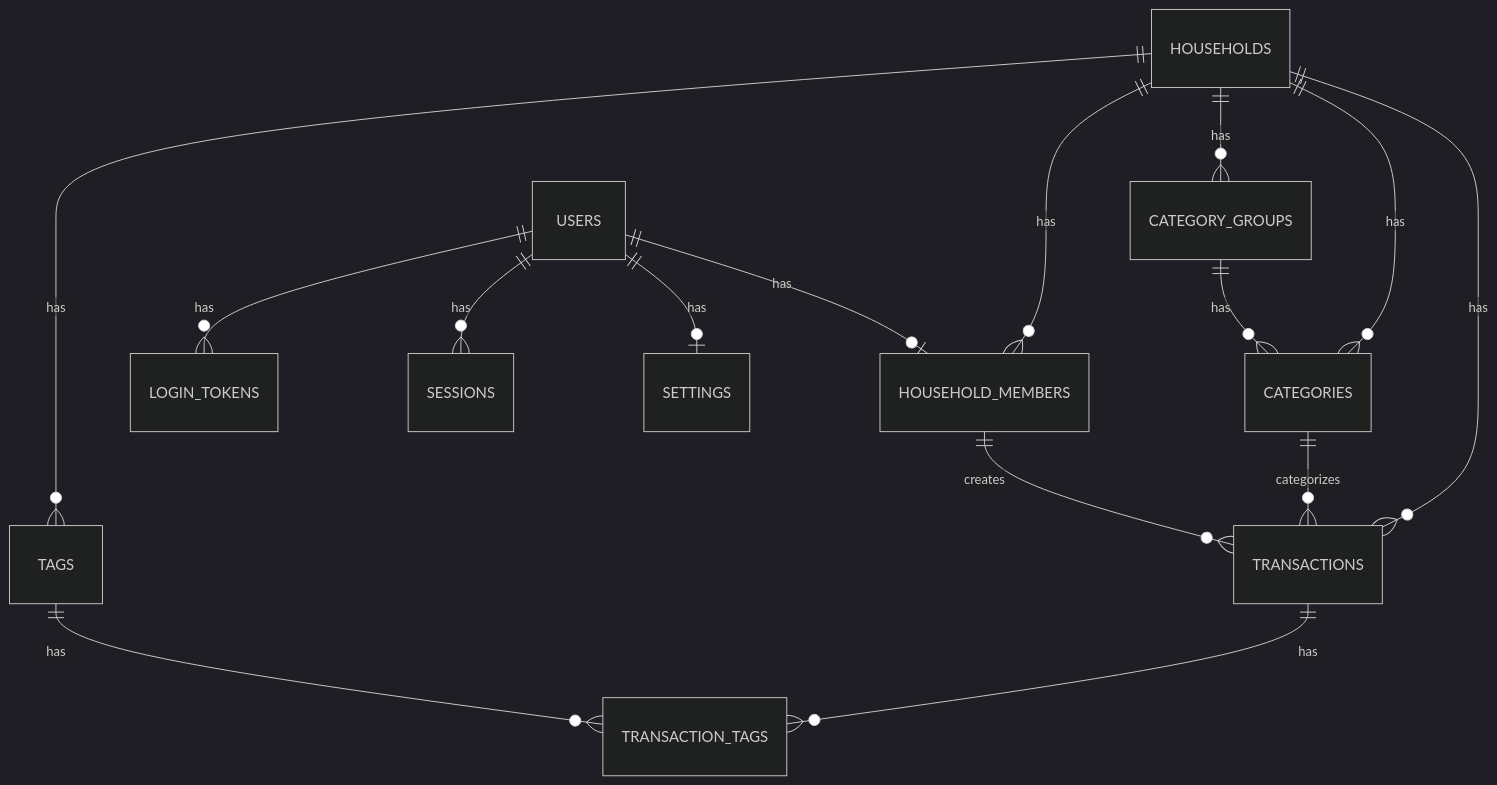
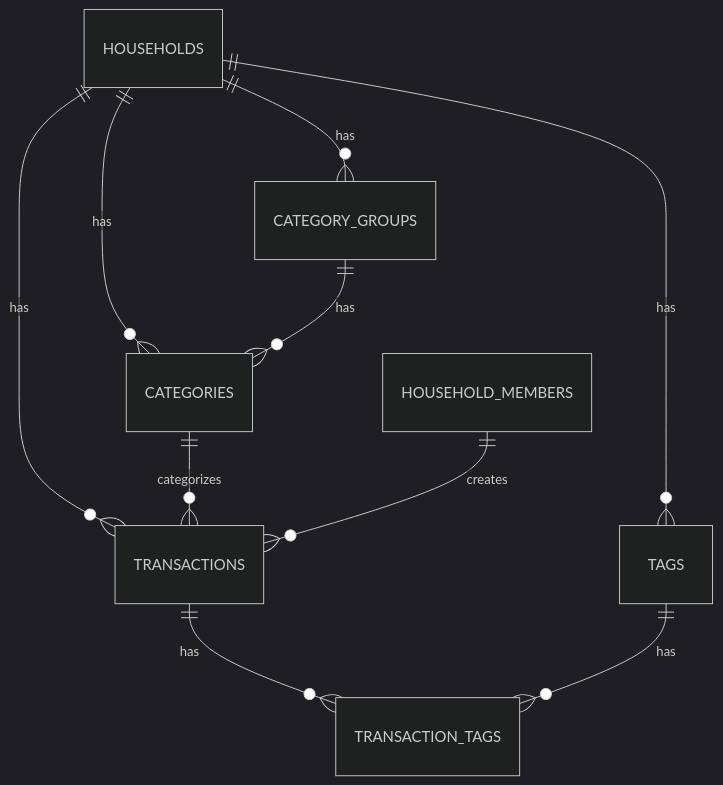
Before and after one commit to samuel-duhaime/firebird-money: the second of 2 diagrams in README.md, drawn with Mermaid (dark theme). The commit also changed other lines of this file, not shown here.

Commit message:
Split the Data schema diagram into two smaller ER diagrams (#106)
* Split the Data schema diagram into two smaller ER diagrams

GitHub renders Mermaid with an older pinned engine and a fixed theme
it won't let diagrams override, in a small embedded viewer - nothing
like mermaid.live's latest renderer and full-size canvas. An 11-node,
14-edge single diagram was especially dense for that weaker layout.
Splitting it into "People & access" and "Household finances" (sharing
HOUSEHOLDS/HOUSEHOLD_MEMBERS as the bridge between them) keeps every
table while giving GitHub's layout engine less to tangle per diagram.

````diff
--- a/README.md
+++ b/README.md
@@ -212,17 +225,12 @@
 ```mermaid
 erDiagram
-    HOUSEHOLDS ||--o{ HOUSEHOLD_MEMBERS : has
-    USERS ||--o| HOUSEHOLD_MEMBERS : has
-    USERS ||--o{ LOGIN_TOKENS : has
-    USERS ||--o{ SESSIONS : has
-    USERS ||--o| SETTINGS : has
     HOUSEHOLDS ||--o{ CATEGORY_GROUPS : has
     HOUSEHOLDS ||--o{ CATEGORIES : has
     CATEGORY_GROUPS ||--o{ CATEGORIES : has
     HOUSEHOLDS ||--o{ TRANSACTIONS : has
     CATEGORIES ||--o{ TRANSACTIONS : categorizes
     HOUSEHOLD_MEMBERS ||--o{ TRANSACTIONS : creates
     HOUSEHOLDS ||--o{ TAGS : has
     TRANSACTIONS ||--o{ TRANSACTION_TAGS : has
     TAGS ||--o{ TRANSACTION_TAGS : has
 ```
````
